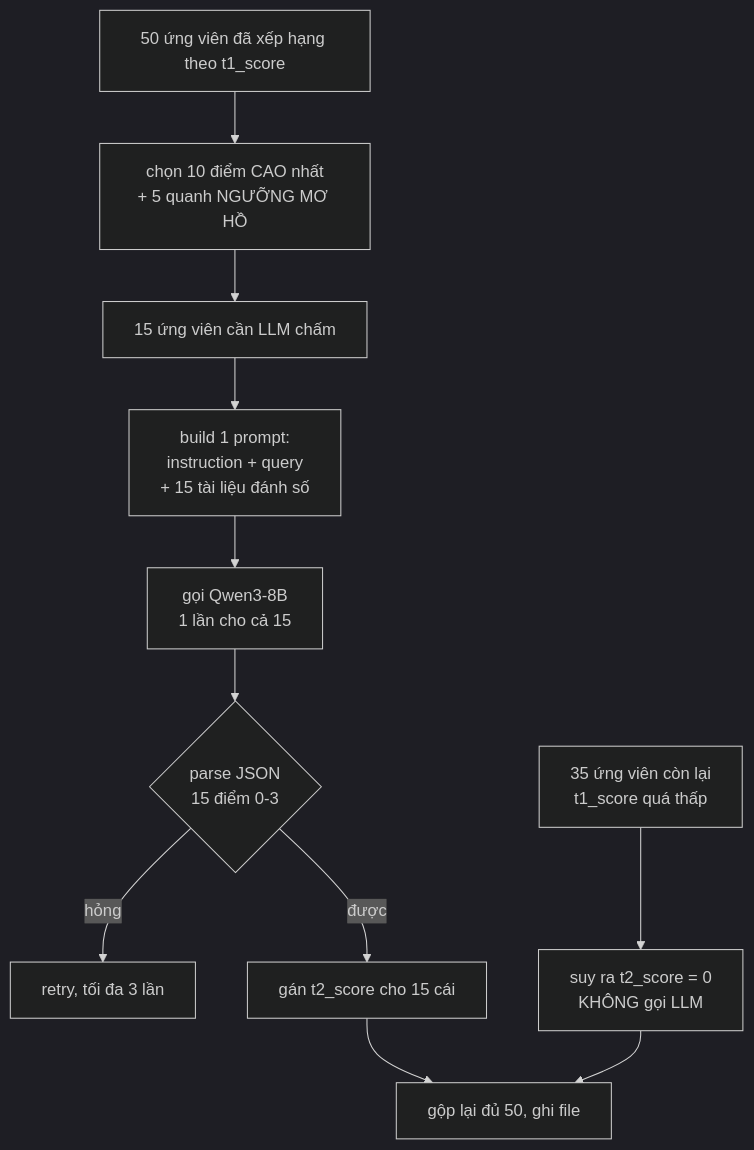
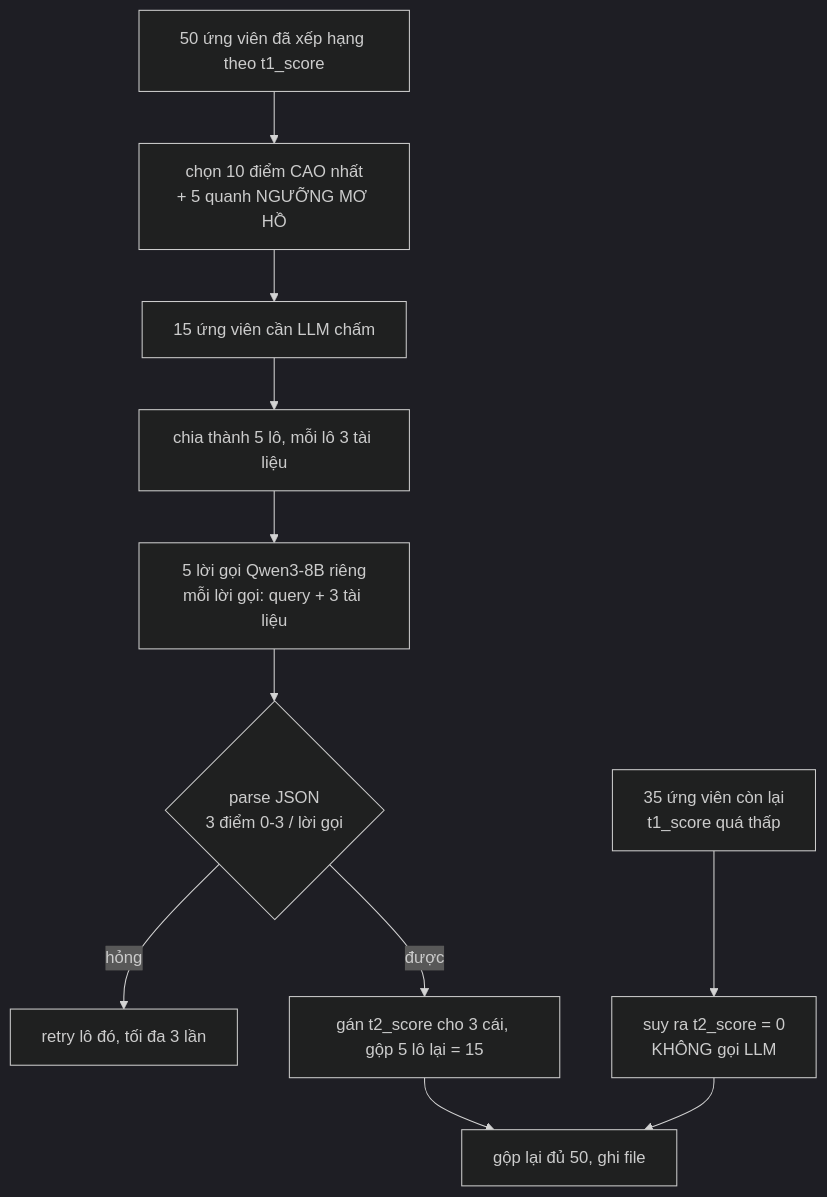
Before and after one commit to quyen244/medial-retrieval: the fourth of 4 diagrams in docs/buoc-4-5-cham-utility.md, drawn with Mermaid (dark theme). The commit also changed other lines of this file and 13 other files, not shown here.

````diff
--- a/docs/buoc-4-5-cham-utility.md
+++ b/docs/buoc-4-5-cham-utility.md
@@ -124,13 +124,13 @@
 ```mermaid
 flowchart TD
     A["50 ứng viên đã xếp hạng theo t1_score"] --> B["chọn 10 điểm CAO nhất<br/>+ 5 quanh NGƯỠNG MƠ HỒ"]
     B --> C["15 ứng viên cần LLM chấm"]
-    C --> D["build 1 prompt:<br/>instruction + query<br/>+ 15 tài liệu đánh số"]
-    D --> E["gọi Qwen3-8B<br/>1 lần cho cả 15"]
-    E --> F{"parse JSON<br/>15 điểm 0-3"}
-    F -- hỏng --> G["retry, tối đa 3 lần"]
-    F -- được --> H["gán t2_score cho 15 cái"]
+    C --> D["chia thành 5 lô, mỗi lô 3 tài liệu"]
+    D --> E["5 lời gọi Qwen3-8B riêng<br/>mỗi lời gọi: query + 3 tài liệu"]
+    E --> F{"parse JSON<br/>3 điểm 0-3 / lời gọi"}
+    F -- hỏng --> G["retry lô đó, tối đa 3 lần"]
+    F -- được --> H["gán t2_score cho 3 cái, gộp 5 lô lại = 15"]
     I["35 ứng viên còn lại<br/>t1_score quá thấp"] --> J["suy ra t2_score = 0<br/>KHÔNG gọi LLM"]
     H --> K["gộp lại đủ 50, ghi file"]
     J --> K
 ```
````
